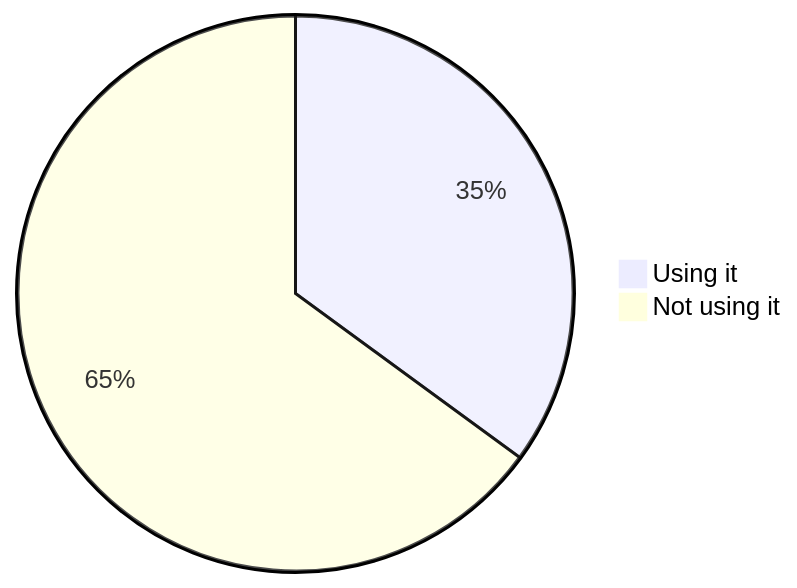
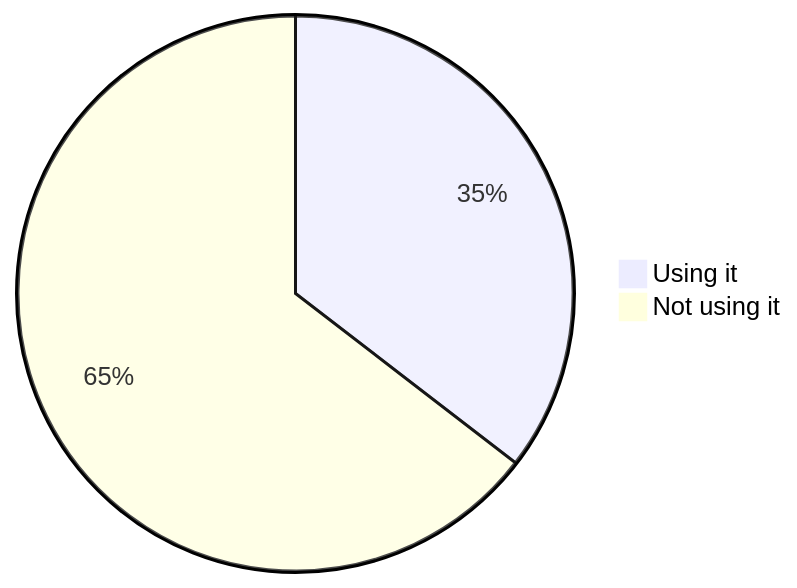
Before and after one commit to oshp/oshp-stats: diagram 14 of 22 in stats.md, drawn with Mermaid. The commit also changed other lines of this file, not shown here.

````diff
--- a/stats.md
+++ b/stats.md
@@ -166,6 +166,6 @@
 ```mermaid
 pie
-	"Using it" : 35.05
-	"Not using it" : 64.95
+	"Using it" : 35.44
+	"Not using it" : 64.56
 
 ```
````
